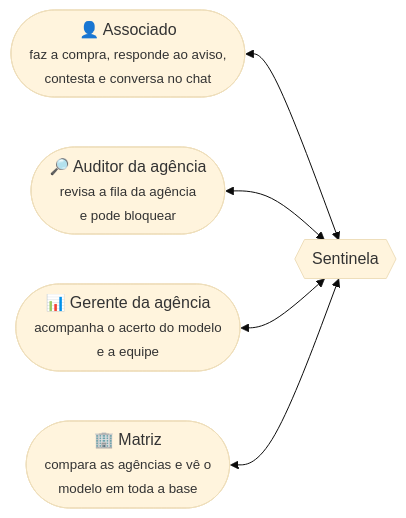
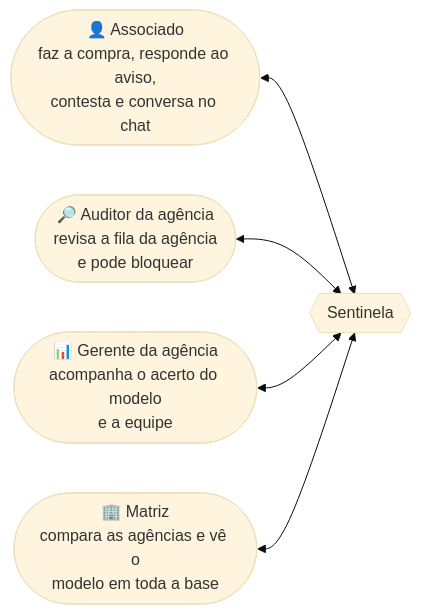
One commit to PedroMLegnaghi/Sentinela_IBM_SkillsBuildAILab_Sicredi_challenge changed the first of 15 diagrams in README.md. Above: the diagram before and after it, drawn with Mermaid (base theme). The commit also changed other lines of this file, not shown here.

Commit message:
docs: corrige a formatação dos diagramas do README no GitHub (#149)

````diff
--- a/README.md
+++ b/README.md
@@ -95,12 +95,12 @@
 ```mermaid
 flowchart LR
-    ASS(["👤 Associado<br/><small>faz a compra, responde ao aviso,<br/>contesta e conversa no chat</small>"])
-    AUD(["🔎 Auditor da agência<br/><small>revisa a fila da agência<br/>e pode bloquear</small>"])
-    GER(["📊 Gerente da agência<br/><small>acompanha o acerto do modelo<br/>e a equipe</small>"])
-    MAT(["🏢 Matriz<br/><small>compara as agências e vê o<br/>modelo em toda a base</small>"])
+    ASS(["👤 Associado<br/>faz a compra, responde ao aviso,<br/>contesta e conversa no chat"])
+    AUD(["🔎 Auditor da agência<br/>revisa a fila da agência<br/>e pode bloquear"])
+    GER(["📊 Gerente da agência<br/>acompanha o acerto do modelo<br/>e a equipe"])
+    MAT(["🏢 Matriz<br/>compara as agências e vê o<br/>modelo em toda a base"])
     S{{"Sentinela"}}
     ASS <--> S
     AUD <--> S
     GER <--> S
     MAT <--> S
 ```
````
